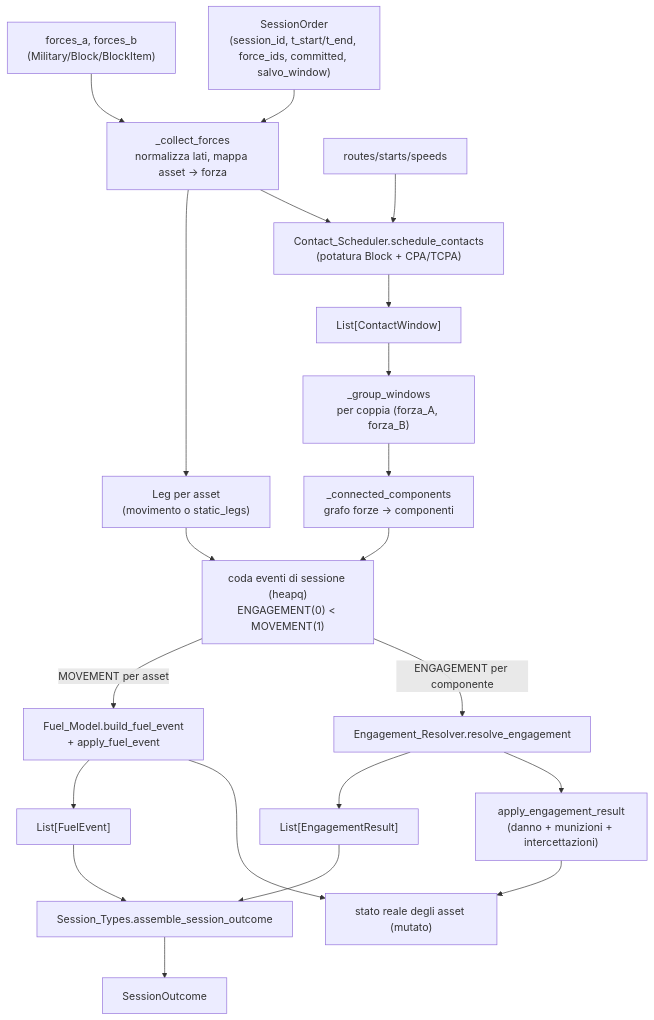
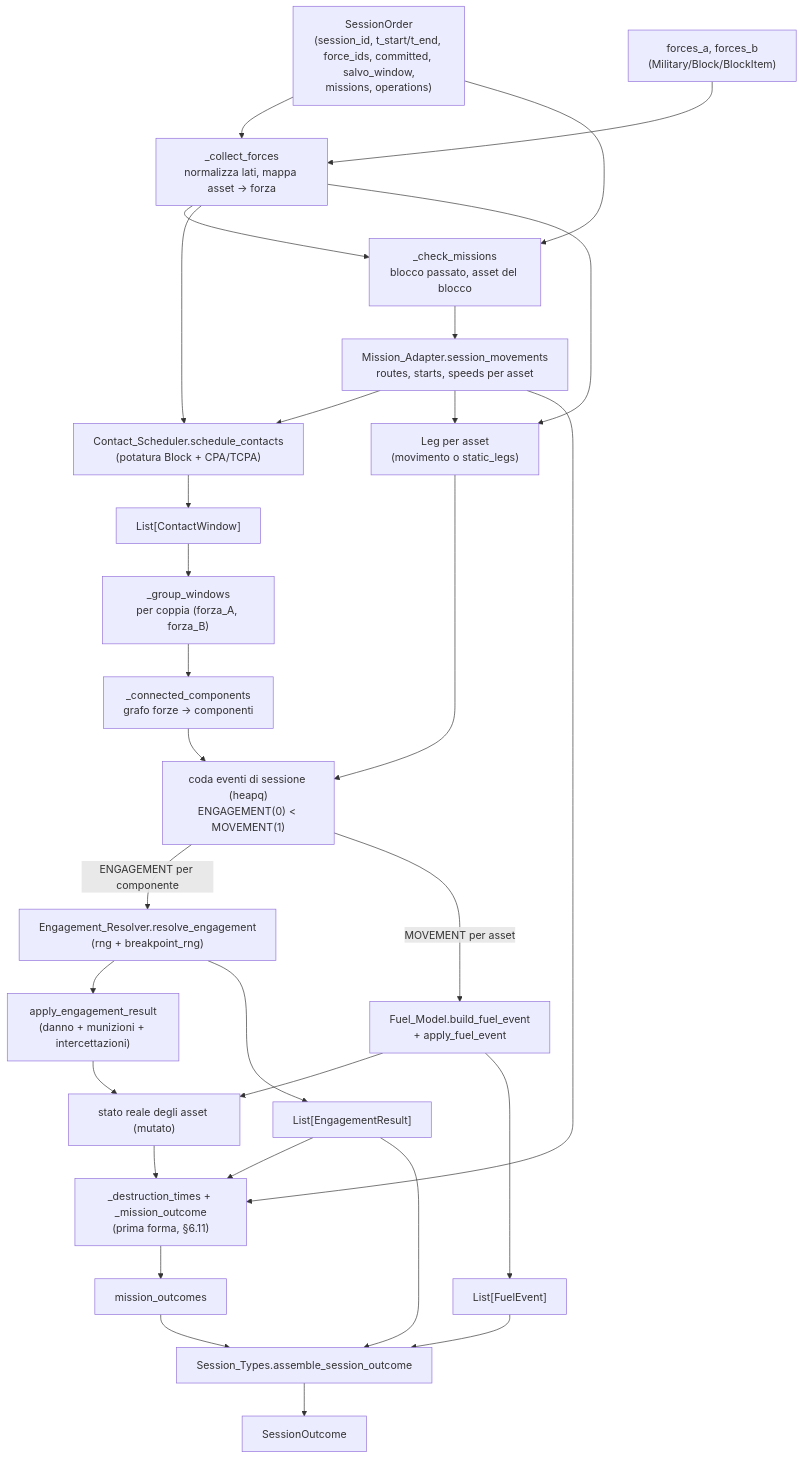
One commit to MakusIV/Warfare-Model changed the first of 5 diagrams in Analysis/Document/Manuale_Motore_DES/07_Orchestratore_Session_Simulator.md. Above: the diagram before and after it, drawn with Mermaid. The commit also changed other lines of this file and 10 other files, not shown here.

````diff
--- a/Analysis/Document/Manuale_Motore_DES/07_Orchestratore_Session_Simulator.md
+++ b/Analysis/Document/Manuale_Motore_DES/07_Orchestratore_Session_Simulator.md
@@ -136,33 +181,43 @@
 ```mermaid
 flowchart TD
-    ORD["SessionOrder<br/>(session_id, t_start/t_end, force_ids, committed, salvo_window)"]
+    ORD["SessionOrder<br/>(session_id, t_start/t_end, force_ids, committed, salvo_window,<br/>missions, operations)"]
     FORCES["forces_a, forces_b<br/>(Military/Block/BlockItem)"]
 
     ORD --> COLLECT["_collect_forces<br/>normalizza lati, mappa asset -> forza"]
     FORCES --> COLLECT
+    COLLECT --> CHECK["_check_missions<br/>blocco passato, asset del blocco"]
+    ORD --> CHECK
+    CHECK --> MA["Mission_Adapter.session_movements<br/>routes, starts, speeds per asset"]
 
-    COLLECT --> SCHED["Contact_Scheduler.schedule_contacts<br/>(potatura Block + CPA/TCPA)"]
-    ROUTES["routes/starts/speeds"] --> SCHED
+    MA --> SCHED["Contact_Scheduler.schedule_contacts<br/>(potatura Block + CPA/TCPA)"]
+    COLLECT --> SCHED
 
     SCHED --> WINDOWS["List[ContactWindow]"]
     WINDOWS --> GROUP["_group_windows<br/>per coppia (forza_A, forza_B)"]
     GROUP --> COMP["_connected_components<br/>grafo forze -> componenti"]
 
     COMP --> QUEUE["coda eventi di sessione (heapq)<br/>ENGAGEMENT(0) < MOVEMENT(1)"]
     COLLECT --> LEGS["Leg per asset<br/>(movimento o static_legs)"]
+    MA --> LEGS
     LEGS --> QUEUE
 
-    QUEUE -->|ENGAGEMENT per componente| ER["Engagement_Resolver.resolve_engagement"]
+    QUEUE -->|ENGAGEMENT per componente| ER["Engagement_Resolver.resolve_engagement<br/>(rng + breakpoint_rng)"]
     ER --> APPLY["apply_engagement_result<br/>(danno + munizioni + intercettazioni)"]
     APPLY --> STATE["stato reale degli asset (mutato)"]
 
     QUEUE -->|MOVEMENT per asset| FUEL["Fuel_Model.build_fuel_event<br/>+ apply_fuel_event"]
     FUEL --> STATE
 
     ER --> RESULTS["List[EngagementResult]"]
     FUEL --> FEVENTS["List[FuelEvent]"]
 
+    RESULTS --> MOUT["_destruction_times + _mission_outcome<br/>(prima forma, §6.11)"]
+    MA --> MOUT
+    STATE --> MOUT
+    MOUT --> MOS["mission_outcomes"]
+
     RESULTS --> ASSEMBLE["Session_Types.assemble_session_outcome"]
     FEVENTS --> ASSEMBLE
+    MOS --> ASSEMBLE
     ASSEMBLE --> OUT["SessionOutcome"]
 ```
````
